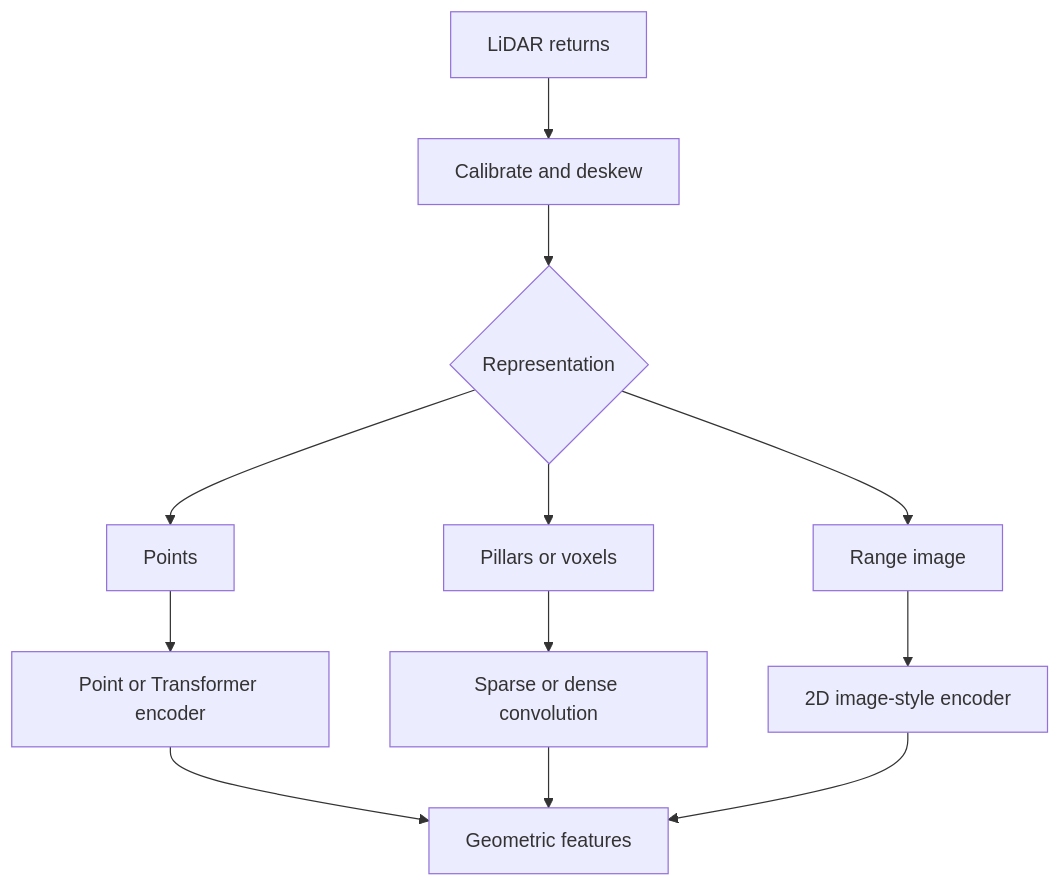
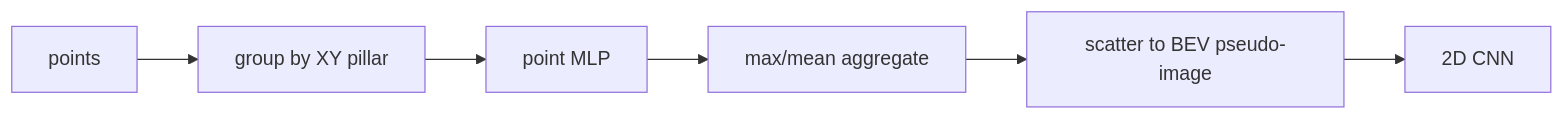
The diagram in src/content/docs/articles/lidar-encoders.md (abhishekkumardwivedi/abhishekkumardwivedi.github.io), drawn with Mermaid before and after one commit. The commit also changed other lines of this file and 14 other files, not shown here.

````diff
--- a/src/content/docs/articles/lidar-encoders.md
+++ b/src/content/docs/articles/lidar-encoders.md
@@ -12,14 +75,8 @@
 ```mermaid
-flowchart TD
-    A["LiDAR returns"] --> B["Calibrate and deskew"]
-    B --> C{"Representation"}
-    C --> D["Points"]
-    C --> E["Pillars or voxels"]
-    C --> F["Range image"]
-    D --> G["Point or Transformer encoder"]
-    E --> H["Sparse or dense convolution"]
-    F --> I["2D image-style encoder"]
-    G --> J["Geometric features"]
-    H --> J
-    I --> J
+flowchart LR
+    P["points"] --> G["group by XY pillar"]
+    G --> M["point MLP"]
+    M --> A["max/mean aggregate"]
+    A --> S["scatter to BEV pseudo-image"]
+    S --> C["2D CNN"]
 ```
````
